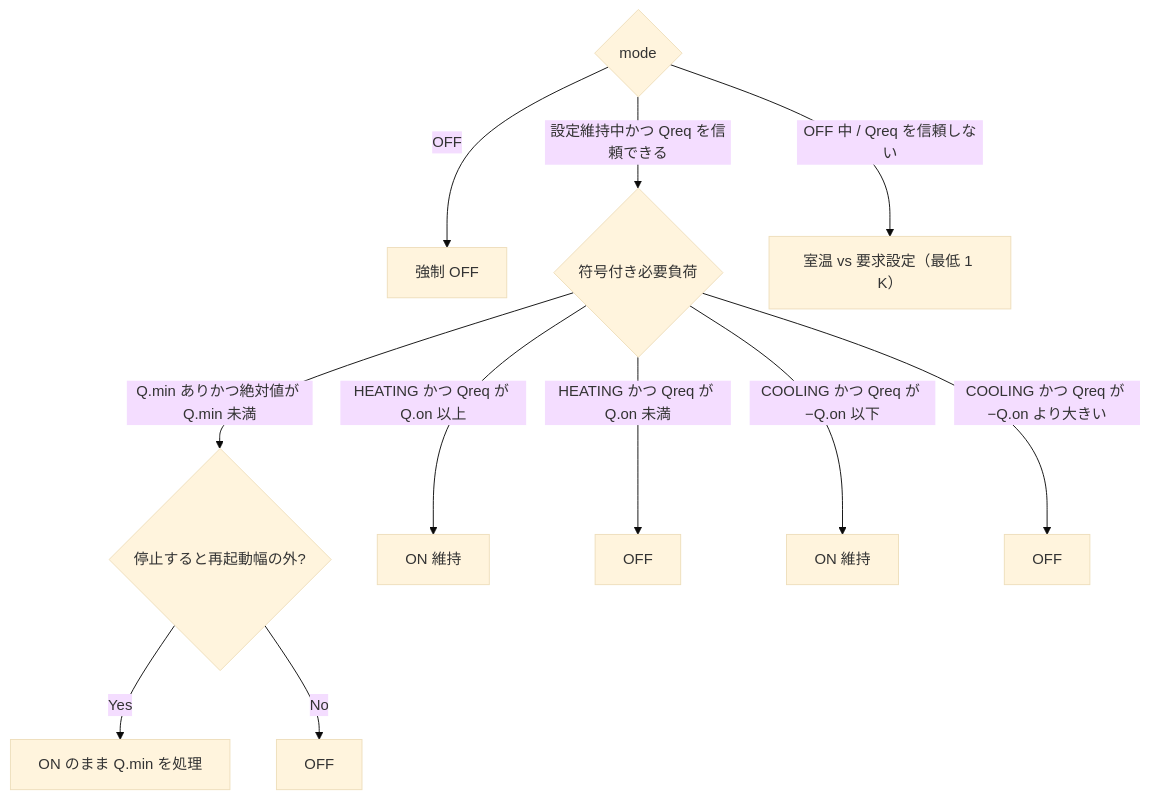
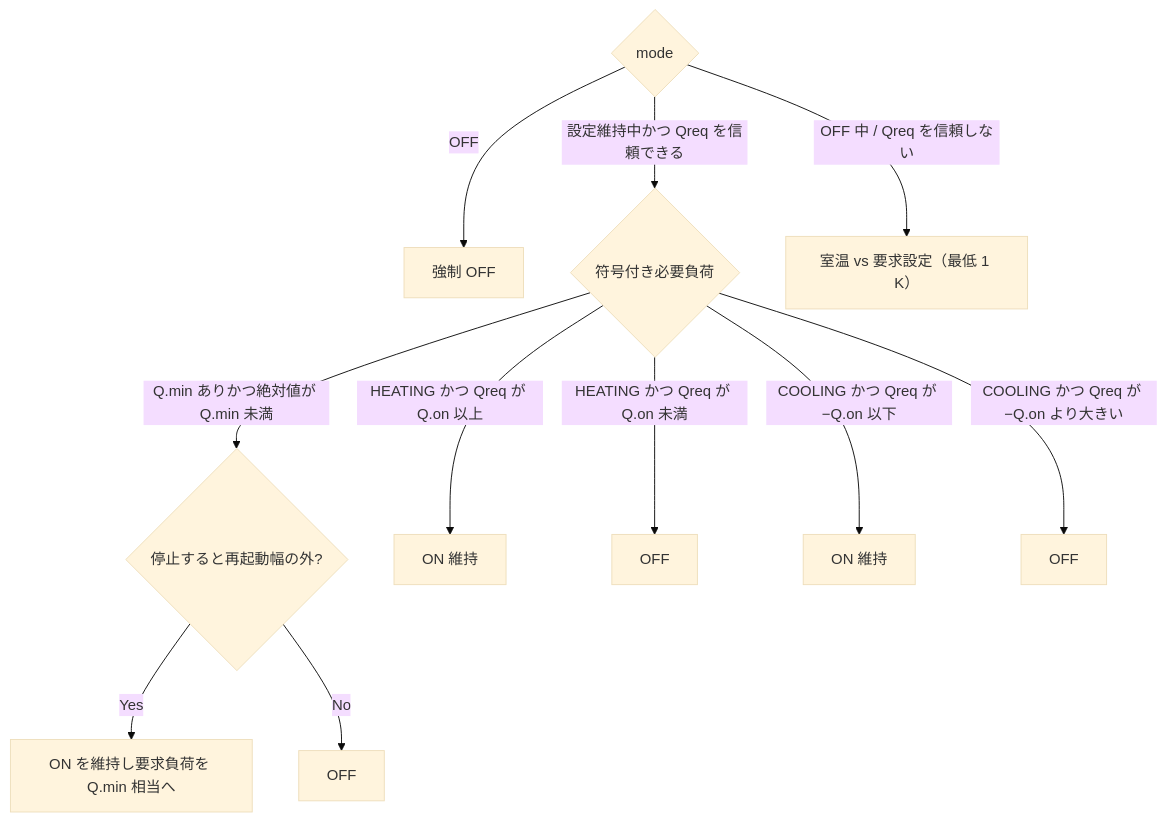
The fourth of 5 diagrams in engine/docs/aircon_control_overview.md (iguchi-lab/vtsimnx), drawn with Mermaid (base theme) before and after one commit. The commit also changed other lines of this file and 8 other files, not shown here.

````diff
--- a/engine/docs/aircon_control_overview.md
+++ b/engine/docs/aircon_control_overview.md
@@ -153,13 +159,13 @@
 ```mermaid
 flowchart TD
     M{"mode"} -->|OFF| Z["強制 OFF"]
     M -->|設定維持中かつ Qreq を信頼できる| Q{"符号付き必要負荷"}
     Q -->|Q.min ありかつ絶対値が Q.min 未満| H{"停止すると再起動幅の外?"}
-    H -->|Yes| HOLD["ON のまま Q.min を処理"]
+    H -->|Yes| HOLD["ON を維持し要求負荷を Q.min 相当へ"]
     H -->|No| OFFQ["OFF"]
     Q -->|HEATING かつ Qreq が Q.on 以上| ON1["ON 維持"]
     Q -->|HEATING かつ Qreq が Q.on 未満| OFF1["OFF"]
     Q -->|COOLING かつ Qreq が −Q.on 以下| ON2["ON 維持"]
     Q -->|COOLING かつ Qreq が −Q.on より大きい| OFF2["OFF"]
     M -->|OFF 中 / Qreq を信頼しない| T["室温 vs 要求設定（最低 1 K）"]
 ```
````
